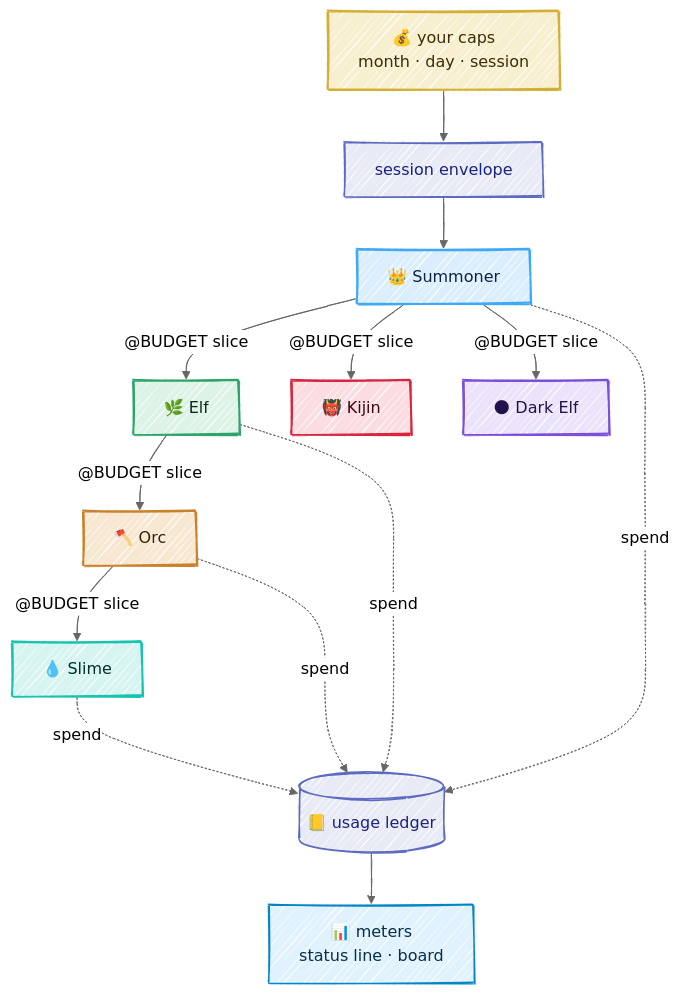
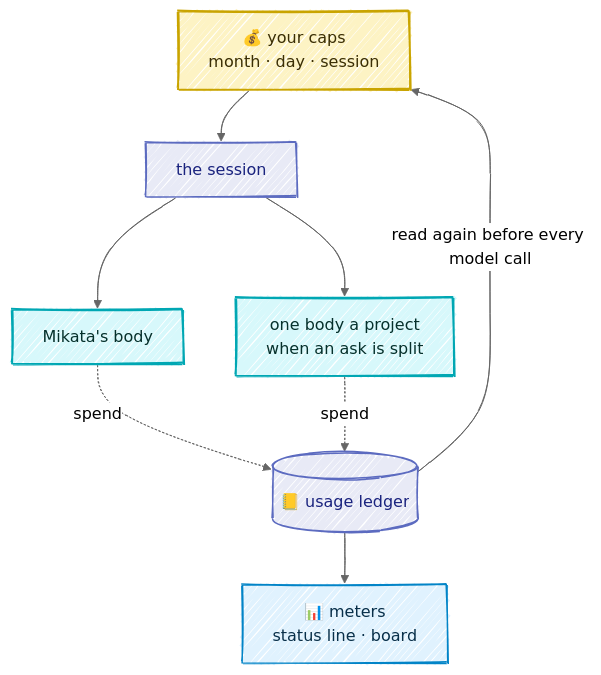
Before and after one commit to Kaginari/mikata: the diagram in docs/05-consumption.md, drawn with Mermaid. The commit also changed other lines of this file and 68 other files, not shown here.

````diff
--- a/docs/05-consumption.md
+++ b/docs/05-consumption.md
@@ -15,40 +15,25 @@
 ```mermaid
 ---
 config:
   look: handDrawn
   theme: neutral
   flowchart:
     wrappingWidth: 360
 ---
 flowchart TD
-    CAP["💰 your caps<br/>month · day · session"] --> SES["session envelope"]
-    SES --> R["👑 Summoner"]
-    R -->|"@BUDGET slice"| E["🌿 Elf"]
-    R -->|"@BUDGET slice"| K["👹 Kijin"]
-    R -->|"@BUDGET slice"| D["🌑 Dark Elf"]
-    E -->|"@BUDGET slice"| O["🪓 Orc"]
-    O -->|"@BUDGET slice"| S["💧 Slime"]
-    S -. "spend" .-> L[("📒 usage ledger")]
-    O -. "spend" .-> L
-    E -. "spend" .-> L
-    R -. "spend" .-> L
+    CAP["💰 your caps<br/>month · day · session"] --> SES["the session"]
+    SES --> B["Mikata's body"]
+    SES --> P["one body a project<br/>when an ask is split"]
+    B -. "spend" .-> L[("📒 usage ledger")]
+    P -. "spend" .-> L
+    L -->|"read again before every model call"| CAP
     L --> M["📊 meters<br/>status line · board"]
-    classDef human fill:#f8efcf,stroke:#D4AF37,stroke-width:2px,color:#3a2e05
-    class CAP human
+    classDef you fill:#fdf3c4,stroke:#c9a400,stroke-width:2px,color:#3a2e05
+    class CAP you
     classDef store fill:#e8eaf6,stroke:#5c6bc0,stroke-width:1.5px,color:#1a237e
     class SES,L store
-    classDef throne fill:#dbeefe,stroke:#3FA9F5,stroke-width:2px,color:#0b2540
-    class R throne
-    classDef elf fill:#dcf3e6,stroke:#2FA36B,stroke-width:2px,color:#0b2a1a
-    class E elf
-    classDef kijin fill:#fbdde1,stroke:#D7263D,stroke-width:2px,color:#3d0710
-    class K kijin
-    classDef dark fill:#ebe2fb,stroke:#7B4FD6,stroke-width:2px,color:#22114a
-    class D dark
-    classDef orc fill:#f8e8d2,stroke:#C9822B,stroke-width:2px,color:#3a2408
-    class O orc
-    classDef slime fill:#d6f5f1,stroke:#19C3B0,stroke-width:2px,color:#06302b
-    class S slime
+    classDef mikata fill:#d7f8fb,stroke:#00a7b3,stroke-width:2px,color:#06302b
+    class B,P mikata
     classDef step fill:#e0f2fe,stroke:#0284c7,stroke-width:1.5px,color:#082f49
     class M step
 ```
````
